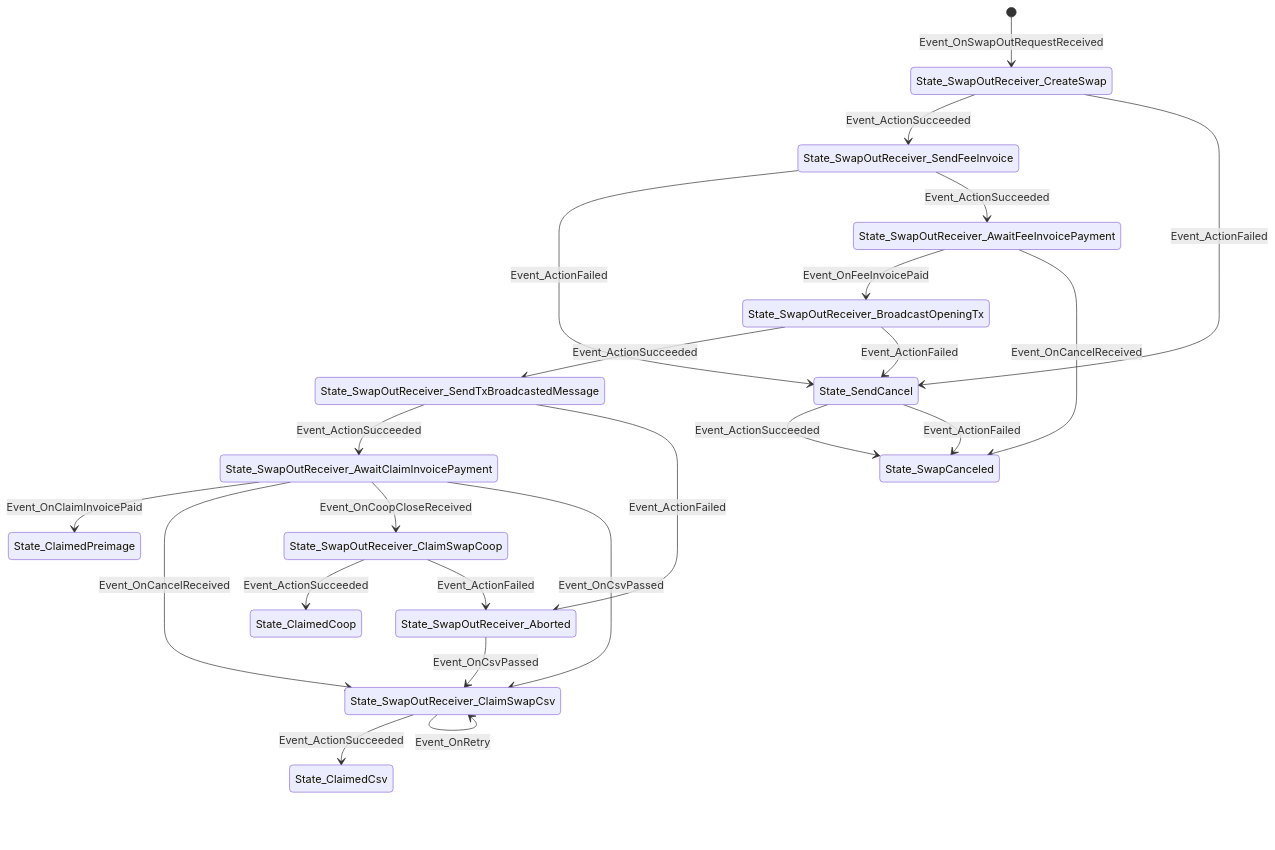
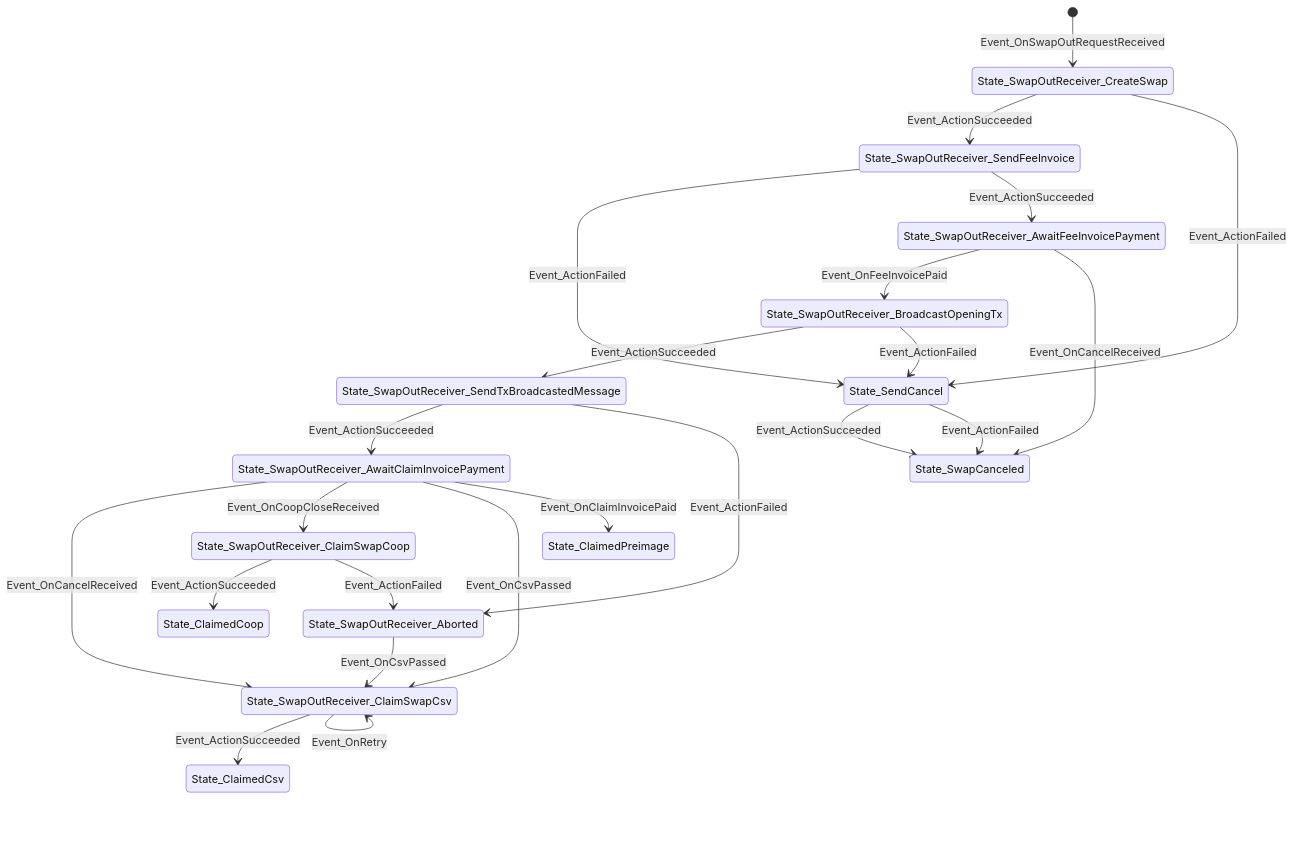
Before and after one commit to ElementsProject/peerswap: the diagram in docs/mmd/swap-out-receiver-states.md, drawn with Mermaid. The commit also changed other lines of this file and 8 other files, not shown here.

````diff
--- a/docs/mmd/swap-out-receiver-states.md
+++ b/docs/mmd/swap-out-receiver-states.md
@@ -1,39 +1,39 @@
 ```mermaid
 stateDiagram-v2
-State_SwapCanceled
+[*] --> State_SwapOutReceiver_CreateSwap: Event_OnSwapOutRequestReceived
+State_SwapOutReceiver_SendFeeInvoice
+State_SwapOutReceiver_SendFeeInvoice --> State_SendCancel: Event_ActionFailed
+State_SwapOutReceiver_SendFeeInvoice --> State_SwapOutReceiver_AwaitFeeInvoicePayment: Event_ActionSucceeded
+State_SendCancel
+State_SendCancel --> State_SwapCanceled: Event_ActionSucceeded
+State_SendCancel --> State_SwapCanceled: Event_ActionFailed
+State_ClaimedCoop
+State_SwapOutReceiver_SendTxBroadcastedMessage
+State_SwapOutReceiver_SendTxBroadcastedMessage --> State_SwapOutReceiver_AwaitClaimInvoicePayment: Event_ActionSucceeded
+State_SwapOutReceiver_SendTxBroadcastedMessage --> State_SwapOutReceiver_Aborted: Event_ActionFailed
+State_SwapOutReceiver_ClaimSwapCoop
+State_SwapOutReceiver_ClaimSwapCoop --> State_ClaimedCoop: Event_ActionSucceeded
+State_SwapOutReceiver_ClaimSwapCoop --> State_SwapOutReceiver_Aborted: Event_ActionFailed
+State_SwapOutReceiver_Aborted
+State_SwapOutReceiver_Aborted --> State_SwapOutReceiver_ClaimSwapCsv: Event_OnCsvPassed
 State_ClaimedPreimage
-State_ClaimedCoop
-[*] --> State_SwapOutReceiver_CreateSwap: Event_OnSwapOutRequestReceived
-State_SwapOutReceiver_AwaitClaimInvoicePayment
-State_SwapOutReceiver_AwaitClaimInvoicePayment --> State_ClaimedPreimage: Event_OnClaimInvoicePaid
-State_SwapOutReceiver_AwaitClaimInvoicePayment --> State_SwapOutReceiver_ClaimSwapCsv: Event_OnCancelReceived
-State_SwapOutReceiver_AwaitClaimInvoicePayment --> State_SwapOutReceiver_ClaimSwapCoop: Event_OnCoopCloseReceived
-State_SwapOutReceiver_AwaitClaimInvoicePayment --> State_SwapOutReceiver_ClaimSwapCsv: Event_OnCsvPassed
-State_SwapOutReceiver_ClaimSwapCsv
-State_SwapOutReceiver_ClaimSwapCsv --> State_ClaimedCsv: Event_ActionSucceeded
-State_SwapOutReceiver_ClaimSwapCsv --> State_SwapOutReceiver_ClaimSwapCsv: Event_OnRetry
-State_ClaimedCsv
 State_SwapOutReceiver_CreateSwap
 State_SwapOutReceiver_CreateSwap --> State_SwapOutReceiver_SendFeeInvoice: Event_ActionSucceeded
 State_SwapOutReceiver_CreateSwap --> State_SendCancel: Event_ActionFailed
 State_SwapOutReceiver_AwaitFeeInvoicePayment
 State_SwapOutReceiver_AwaitFeeInvoicePayment --> State_SwapOutReceiver_BroadcastOpeningTx: Event_OnFeeInvoicePaid
 State_SwapOutReceiver_AwaitFeeInvoicePayment --> State_SwapCanceled: Event_OnCancelReceived
-State_SendCancel
-State_SendCancel --> State_SwapCanceled: Event_ActionSucceeded
-State_SendCancel --> State_SwapCanceled: Event_ActionFailed
-State_SwapOutReceiver_SendFeeInvoice
-State_SwapOutReceiver_SendFeeInvoice --> State_SendCancel: Event_ActionFailed
-State_SwapOutReceiver_SendFeeInvoice --> State_SwapOutReceiver_AwaitFeeInvoicePayment: Event_ActionSucceeded
-State_SwapOutReceiver_SendTxBroadcastedMessage
-State_SwapOutReceiver_SendTxBroadcastedMessage --> State_SwapOutReceiver_AwaitClaimInvoicePayment: Event_ActionSucceeded
-State_SwapOutReceiver_SendTxBroadcastedMessage --> State_SwapOutReceiver_Aborted: Event_ActionFailed
+State_SwapOutReceiver_AwaitClaimInvoicePayment
+State_SwapOutReceiver_AwaitClaimInvoicePayment --> State_SwapOutReceiver_ClaimSwapCsv: Event_OnCancelReceived
+State_SwapOutReceiver_AwaitClaimInvoicePayment --> State_SwapOutReceiver_ClaimSwapCoop: Event_OnCoopCloseReceived
+State_SwapOutReceiver_AwaitClaimInvoicePayment --> State_SwapOutReceiver_ClaimSwapCsv: Event_OnCsvPassed
+State_SwapOutReceiver_AwaitClaimInvoicePayment --> State_ClaimedPreimage: Event_OnClaimInvoicePaid
+State_ClaimedCsv
 State_SwapOutReceiver_BroadcastOpeningTx
 State_SwapOutReceiver_BroadcastOpeningTx --> State_SwapOutReceiver_SendTxBroadcastedMessage: Event_ActionSucceeded
 State_SwapOutReceiver_BroadcastOpeningTx --> State_SendCancel: Event_ActionFailed
-State_SwapOutReceiver_ClaimSwapCoop
-State_SwapOutReceiver_ClaimSwapCoop --> State_ClaimedCoop: Event_ActionSucceeded
-State_SwapOutReceiver_ClaimSwapCoop --> State_SwapOutReceiver_Aborted: Event_ActionFailed
-State_SwapOutReceiver_Aborted
-State_SwapOutReceiver_Aborted --> State_SwapOutReceiver_ClaimSwapCsv: Event_OnCsvPassed
+State_SwapOutReceiver_ClaimSwapCsv
+State_SwapOutReceiver_ClaimSwapCsv --> State_ClaimedCsv: Event_ActionSucceeded
+State_SwapOutReceiver_ClaimSwapCsv --> State_SwapOutReceiver_ClaimSwapCsv: Event_OnRetry
+State_SwapCanceled
 ```
````
